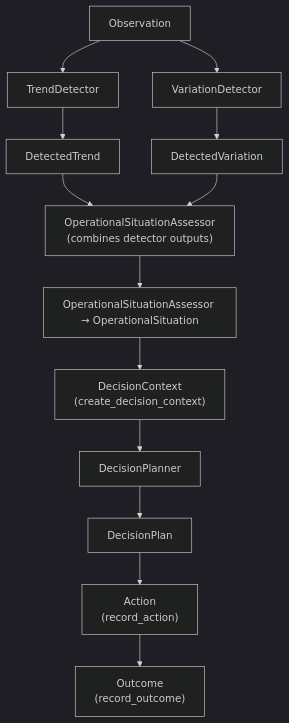
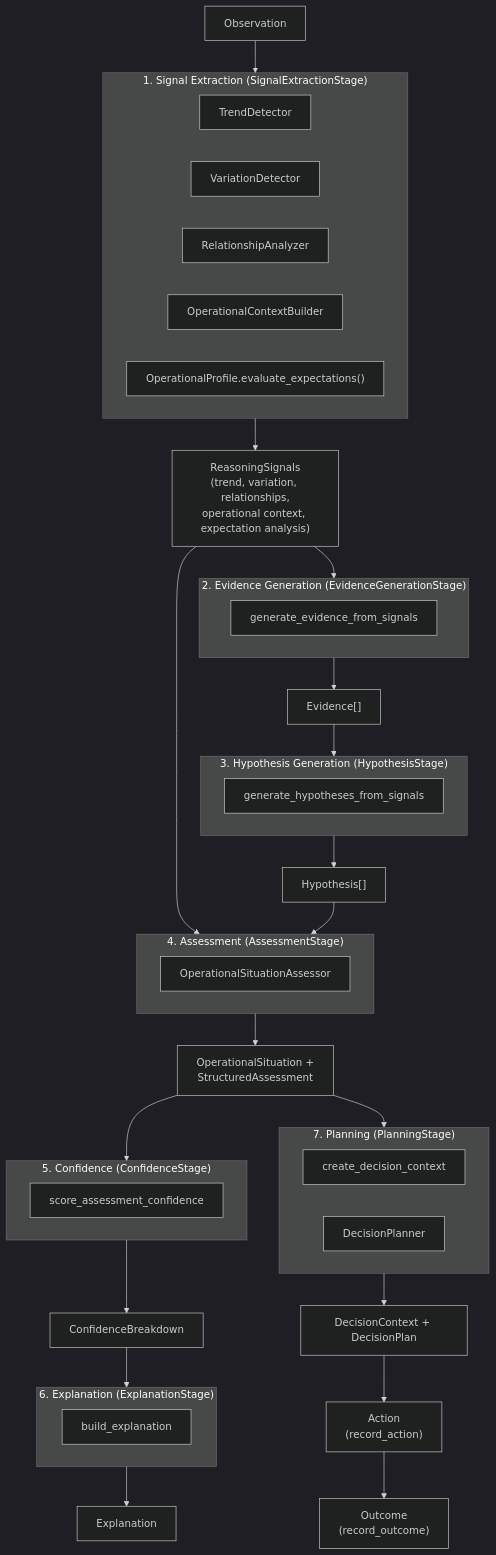
One commit to Saim-naushad/Odis changed the second of 4 diagrams in docs/architecture-diagrams.md. Above: the diagram before and after it, drawn with Mermaid (dark theme). The commit also changed other lines of this file and 11 other files, not shown here.

Commit message:
docs: align architecture and platform documentation with v1.0 implementation

````diff
--- a/docs/architecture-diagrams.md
+++ b/docs/architecture-diagrams.md
@@ -71,28 +69,53 @@
 ```mermaid
 flowchart TB
     obs["Observation"]
 
-    trendDetector["TrendDetector"]
-    variationDetector["VariationDetector"]
+    subgraph s1["1. Signal Extraction (SignalExtractionStage)"]
+        trendDetector["TrendDetector"]
+        variationDetector["VariationDetector"]
+        relAnalyzer["RelationshipAnalyzer"]
+        ctxBuilder["OperationalContextBuilder"]
+        expectations["OperationalProfile.evaluate_expectations()"]
+    end
+    signals["ReasoningSignals\n(trend, variation, relationships,\noperational context, expectation analysis)"]
 
-    trend["DetectedTrend"]
-    variation["DetectedVariation"]
+    subgraph s2["2. Evidence Generation (EvidenceGenerationStage)"]
+        genEvidence["generate_evidence_from_signals"]
+    end
+    evidence["Evidence[]"]
 
-    assessor["OperationalSituationAssessor\n(combines detector outputs)"]
+    subgraph s3["3. Hypothesis Generation (HypothesisStage)"]
+        genHyp["generate_hypotheses_from_signals"]
+    end
+    hypotheses["Hypothesis[]"]
 
-    situation["OperationalSituationAssessor → OperationalSituation"]
-    context["DecisionContext\n(create_decision_context)"]
-    planner["DecisionPlanner"]
-    plan["DecisionPlan"]
+    subgraph s4["4. Assessment (AssessmentStage)"]
+        assessor["OperationalSituationAssessor"]
+    end
+    situation["OperationalSituation +\nStructuredAssessment"]
+
+    subgraph s5["5. Confidence (ConfidenceStage)"]
+        scorer["score_assessment_confidence"]
+    end
+    confidence["ConfidenceBreakdown"]
+
+    subgraph s6["6. Explanation (ExplanationStage)"]
+        explainer["build_explanation"]
+    end
+    explanation["Explanation"]
+
+    subgraph s7["7. Planning (PlanningStage)"]
+        ctx["create_decision_context"]
+        planner["DecisionPlanner"]
+    end
+    plan["DecisionContext + DecisionPlan"]
+
     action["Action\n(record_action)"]
     outcome["Outcome\n(record_outcome)"]
 
-    obs --> trendDetector --> trend
-    obs --> variationDetector --> variation
-
-    trend --> assessor
-    variation --> assessor
-    assessor --> situation
-
-    situation --> context --> planner --> plan --> action --> outcome
+    obs --> s1 --> signals --> s2 --> evidence --> s3 --> hypotheses
+    signals --> s4
+    hypotheses --> s4
+    s4 --> situation --> s5 --> confidence --> s6 --> explanation
+    situation --> s7 --> plan --> action --> outcome
 ```
````
